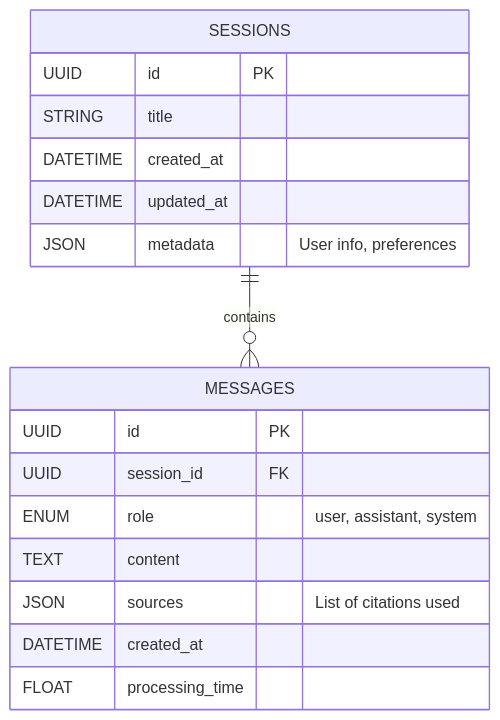
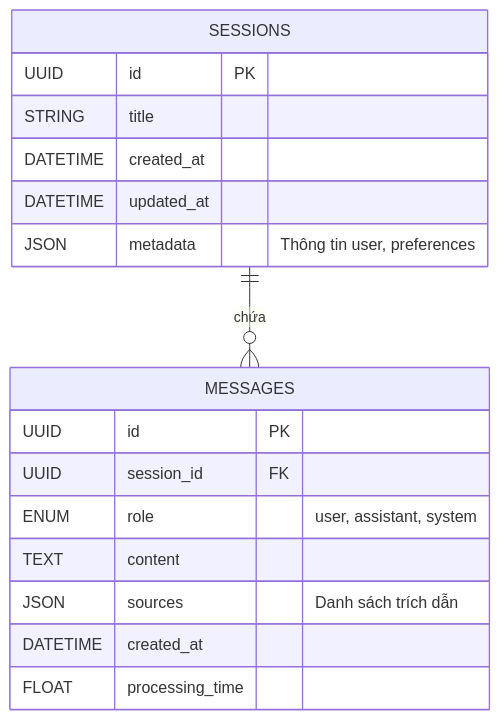
Before and after one commit to doananhhung/chat-bot-law: the second of 2 diagrams in docs/archive_design_notes/Designing_Persistence.md, drawn with Mermaid. The commit also changed other lines of this file and 14 other files, not shown here.

First line of the commit message:
docs: enhance documentation with Mermaid diagrams and Vietnamese translation

````diff
--- a/docs/archive_design_notes/Designing_Persistence.md
+++ b/docs/archive_design_notes/Designing_Persistence.md
@@ -42,20 +29,20 @@
 ```mermaid
 erDiagram
-    SESSIONS ||--o{ MESSAGES : contains
+    SESSIONS ||--o{ MESSAGES : chứa
     SESSIONS {
         UUID id PK
         STRING title
         DATETIME created_at
         DATETIME updated_at
-        JSON metadata "User info, preferences"
+        JSON metadata "Thông tin user, preferences"
     }
     MESSAGES {
         UUID id PK
         UUID session_id FK
         ENUM role "user, assistant, system"
         TEXT content
-        JSON sources "List of citations used"
+        JSON sources "Danh sách trích dẫn"
         DATETIME created_at
         FLOAT processing_time
     }
 ```
````
